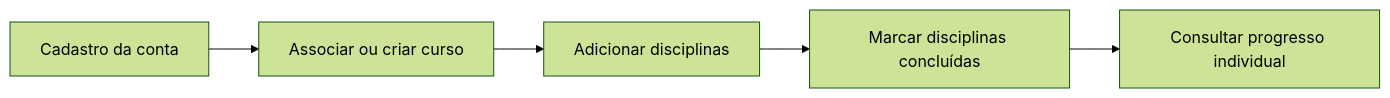
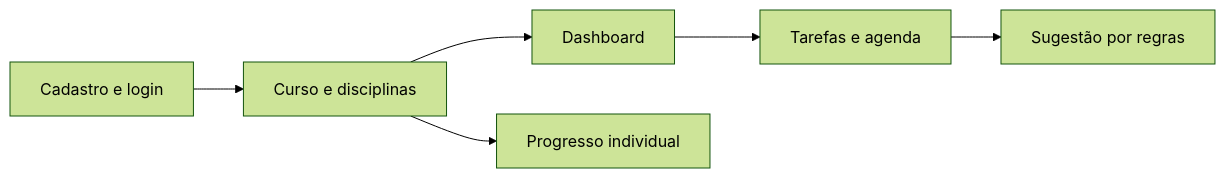
One commit to nicholasmichelon/project-myflow changed the diagram in website/docs/intro.md. Above: the diagram before and after it, drawn with Mermaid (forest theme). The commit also changed other lines of this file and 39 other files, not shown here.

````diff
--- a/website/docs/intro.md
+++ b/website/docs/intro.md
@@ -40,7 +32,8 @@
 ```mermaid
 flowchart LR
-    A[Cadastro da conta] --> B[Associar ou criar curso]
-    B --> C[Adicionar disciplinas]
-    C --> D[Marcar disciplinas concluídas]
-    D --> E[Consultar progresso individual]
+    Cadastro[Cadastro e login] --> Curso[Curso e disciplinas]
+    Curso --> Painel[Dashboard]
+    Painel --> Tarefas[Tarefas e agenda]
+    Tarefas --> Sugestao[Sugestão por regras]
+    Curso --> Progresso[Progresso individual]
 ```
````
